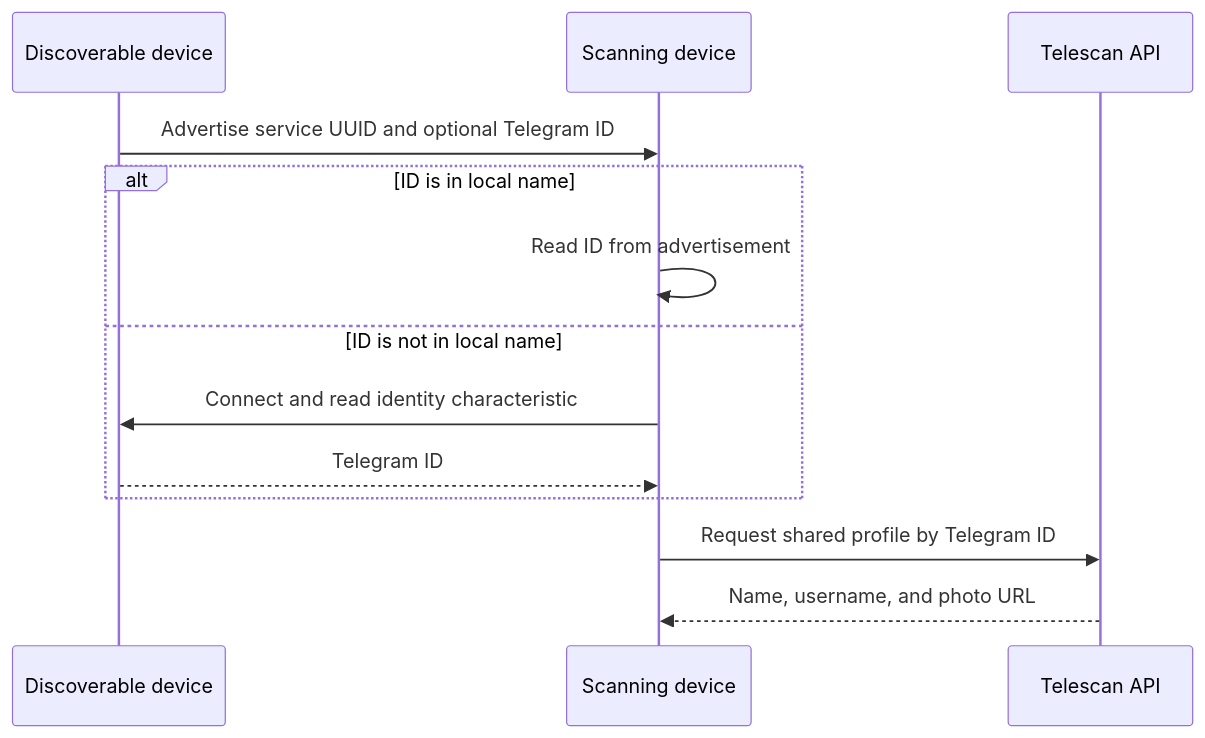
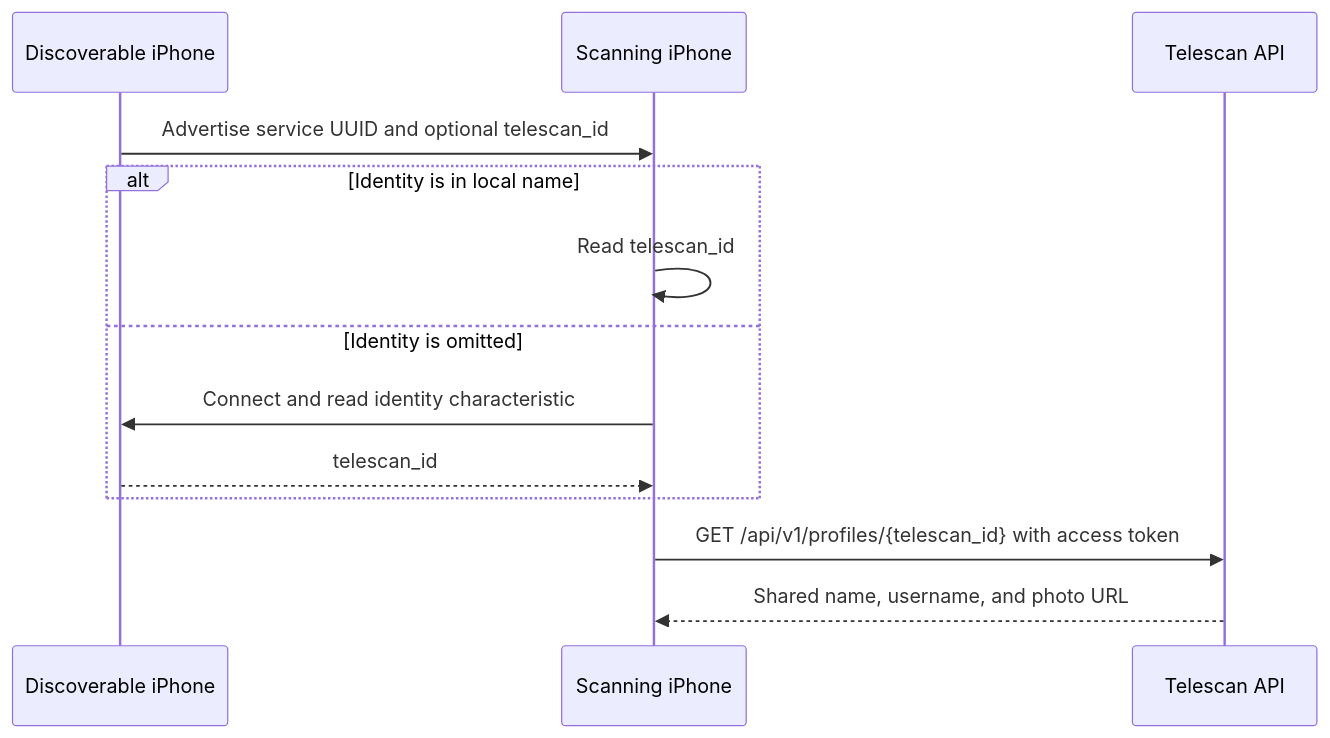
The second of 2 diagrams in WHITEPAPER.md (hiTechTeam/Telescan-info), drawn with Mermaid before and after one commit. The commit also changed other lines of this file and 6 other files, not shown here.

Commit message:
docs: align documentation with current architecture

````diff
--- a/WHITEPAPER.md
+++ b/WHITEPAPER.md
@@ -55,16 +107,16 @@
 ```mermaid
 sequenceDiagram
-    participant A as Discoverable device
-    participant B as Scanning device
+    participant A as Discoverable iPhone
+    participant B as Scanning iPhone
     participant API as Telescan API
 
-    A->>B: Advertise service UUID and optional Telegram ID
-    alt ID is in local name
-        B->>B: Read ID from advertisement
-    else ID is not in local name
+    A->>B: Advertise service UUID and optional telescan_id
+    alt Identity is in local name
+        B->>B: Read telescan_id
+    else Identity is omitted
         B->>A: Connect and read identity characteristic
-        A-->>B: Telegram ID
+        A-->>B: telescan_id
     end
-    B->>API: Request shared profile by Telegram ID
-    API-->>B: Name, username, and photo URL
+    B->>API: GET /api/v1/profiles/{telescan_id} with access token
+    API-->>B: Shared name, username, and photo URL
 ```
````
